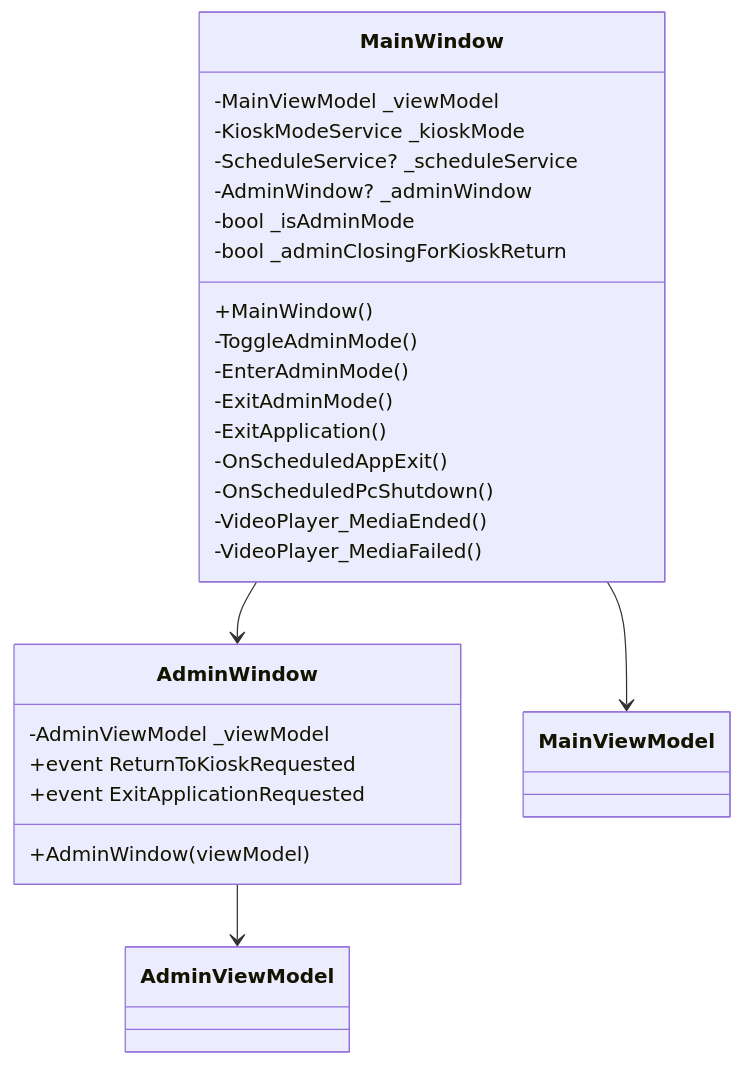
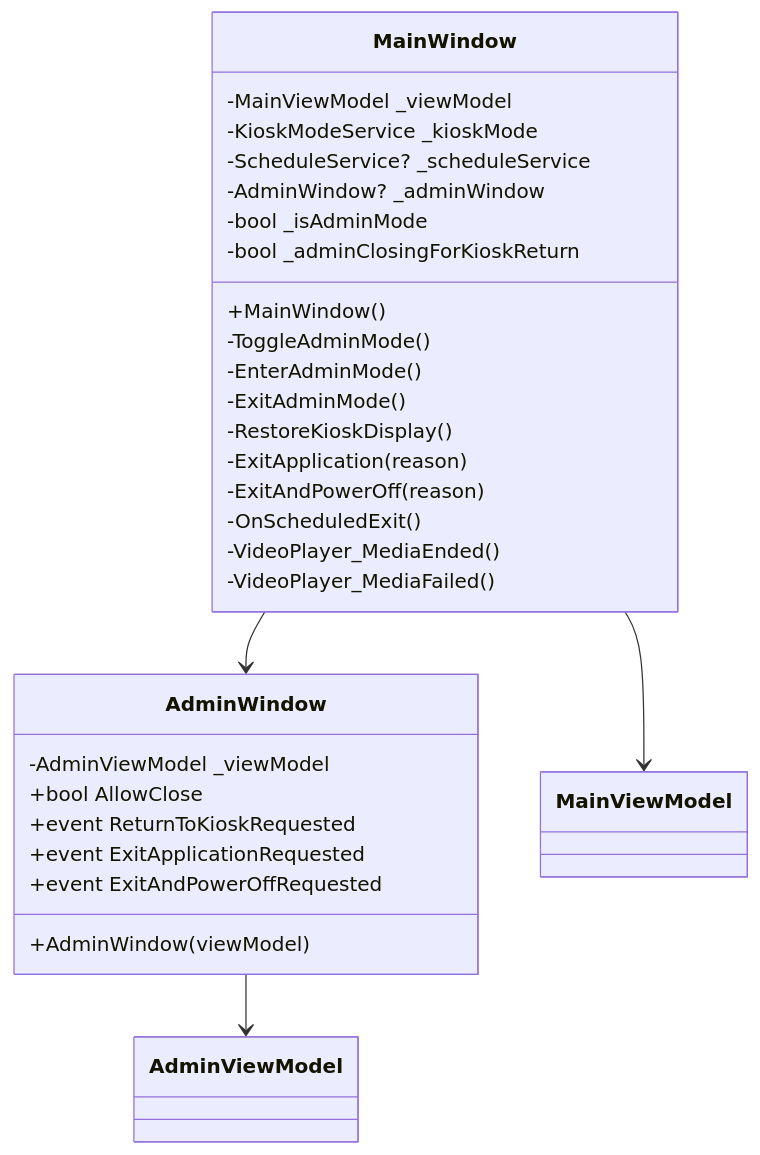
The fourth of 10 diagrams in docs/クラス設計図.md (kamanori3/SimpleDigitalSignage), drawn with Mermaid before and after one commit. The commit also changed other lines of this file and 27 other files, not shown here.

````diff
--- a/docs/クラス設計図.md
+++ b/docs/クラス設計図.md
@@ -192,31 +193,34 @@
 ```mermaid
 classDiagram
   class MainWindow {
     -MainViewModel _viewModel
     -KioskModeService _kioskMode
     -ScheduleService? _scheduleService
     -AdminWindow? _adminWindow
     -bool _isAdminMode
     -bool _adminClosingForKioskReturn
     +MainWindow()
     -ToggleAdminMode()
     -EnterAdminMode()
     -ExitAdminMode()
-    -ExitApplication()
-    -OnScheduledAppExit()
-    -OnScheduledPcShutdown()
+    -RestoreKioskDisplay()
+    -ExitApplication(reason)
+    -ExitAndPowerOff(reason)
+    -OnScheduledExit()
     -VideoPlayer_MediaEnded()
     -VideoPlayer_MediaFailed()
   }
 
   class AdminWindow {
     -AdminViewModel _viewModel
+    +bool AllowClose
     +AdminWindow(viewModel)
     +event ReturnToKioskRequested
     +event ExitApplicationRequested
+    +event ExitAndPowerOffRequested
   }
 
   MainWindow --> MainViewModel
   MainWindow --> AdminWindow
   AdminWindow --> AdminViewModel
 ```
````
